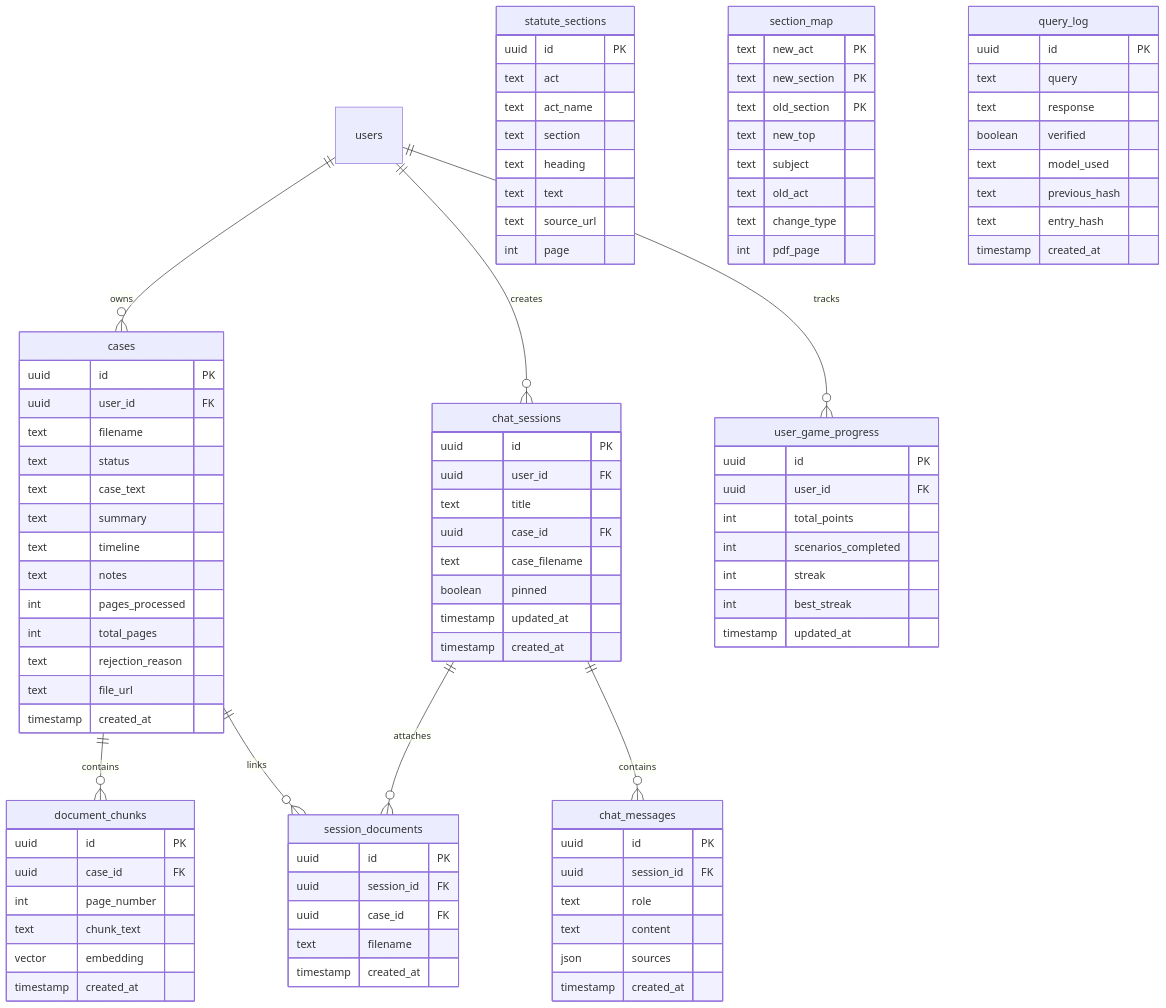
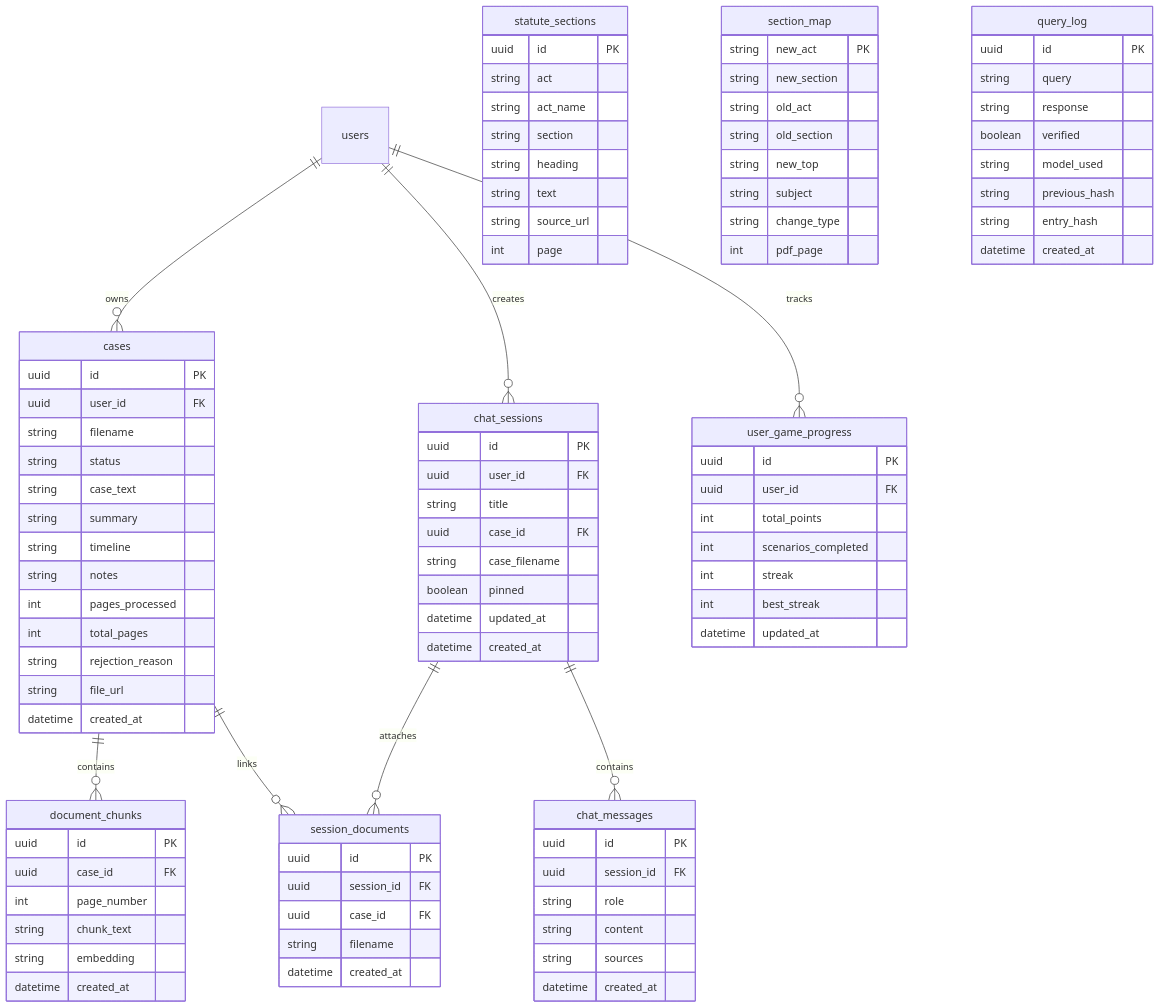
The ninth of 12 diagrams in README.md (tanisha-64/NyayaPramaan), drawn with Mermaid before and after one commit. The commit also changed other lines of this file, not shown here.

Commit message:
docs: fix all mermaid diagrams, update structure and add troubleshooting

````diff
--- a/README.md
+++ b/README.md
@@ -625,97 +593,97 @@
 ```mermaid
 erDiagram
-    users ||--o{ cases : owns
-    users ||--o{ chat_sessions : creates
-    users ||--o{ user_game_progress : tracks
-    cases ||--o{ document_chunks : contains
-    cases ||--o{ session_documents : links
-    chat_sessions ||--o{ chat_messages : contains
-    chat_sessions ||--o{ session_documents : attaches
+    users ||--o{ cases : "owns"
+    users ||--o{ chat_sessions : "creates"
+    users ||--o{ user_game_progress : "tracks"
+    cases ||--o{ document_chunks : "contains"
+    cases ||--o{ session_documents : "links"
+    chat_sessions ||--o{ chat_messages : "contains"
+    chat_sessions ||--o{ session_documents : "attaches"
 
     cases {
         uuid id PK
         uuid user_id FK
-        text filename
-        text status
-        text case_text
-        text summary
-        text timeline
-        text notes
+        string filename
+        string status
+        string case_text
+        string summary
+        string timeline
+        string notes
         int pages_processed
         int total_pages
-        text rejection_reason
-        text file_url
-        timestamp created_at
+        string rejection_reason
+        string file_url
+        datetime created_at
     }
 
     document_chunks {
         uuid id PK
         uuid case_id FK
         int page_number
-        text chunk_text
-        vector embedding
-        timestamp created_at
+        string chunk_text
+        string embedding
+        datetime created_at
     }
 
     chat_sessions {
         uuid id PK
         uuid user_id FK
-        text title
+        string title
         uuid case_id FK
-        text case_filename
+        string case_filename
         boolean pinned
-        timestamp updated_at
-        timestamp created_at
+        datetime updated_at
+        datetime created_at
     }
 
     chat_messages {
         uuid id PK
         uuid session_id FK
-        text role
-        text content
-        json sources
-        timestamp created_at
+        string role
+        string content
+        string sources
+        datetime created_at
     }
 
     session_documents {
         uuid id PK
         uuid session_id FK
         uuid case_id FK
-        text filename
-        timestamp created_at
+        string filename
+        datetime created_at
     }
 
     statute_sections {
         uuid id PK
-        text act
-        text act_name
-        text section
-        text heading
-        text text
-        text source_url
+        string act
+        string act_name
+        string section
+        string heading
+        string text
+        string source_url
         int page
     }
 
     section_map {
-        text new_act PK
-        text new_section PK
-        text old_section PK
-        text new_top
-        text subject
-        text old_act
-        text change_type
+        string new_act PK
+        string new_section
+        string old_act
+        string old_section
+        string new_top
+        string subject
+        string change_type
         int pdf_page
     }
 
     query_log {
         uuid id PK
-        text query
-        text response
+        string query
+        string response
         boolean verified
-        text model_used
-        text previous_hash
-        text entry_hash
-        timestamp created_at
+        string model_used
+        string previous_hash
+        string entry_hash
+        datetime created_at
     }
 
     user_game_progress {
@@ -725,6 +693,6 @@
         int scenarios_completed
         int streak
         int best_streak
-        timestamp updated_at
+        datetime updated_at
     }
 ```
````
